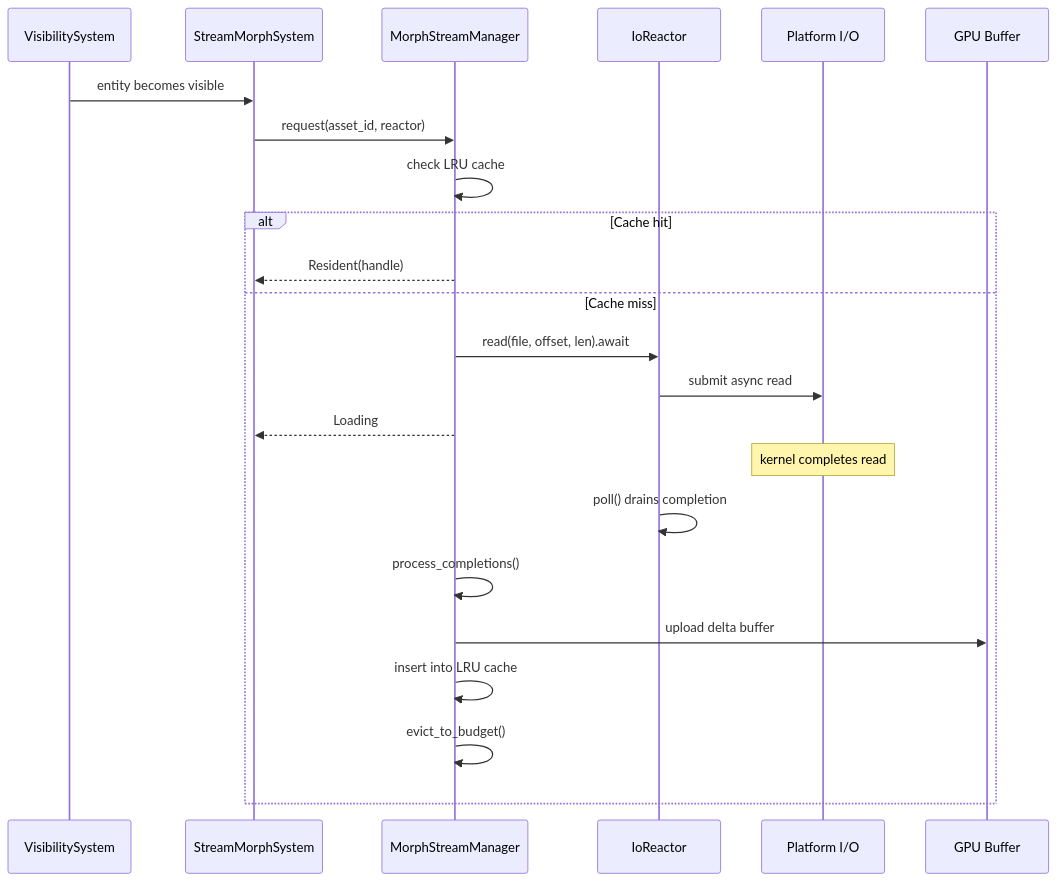
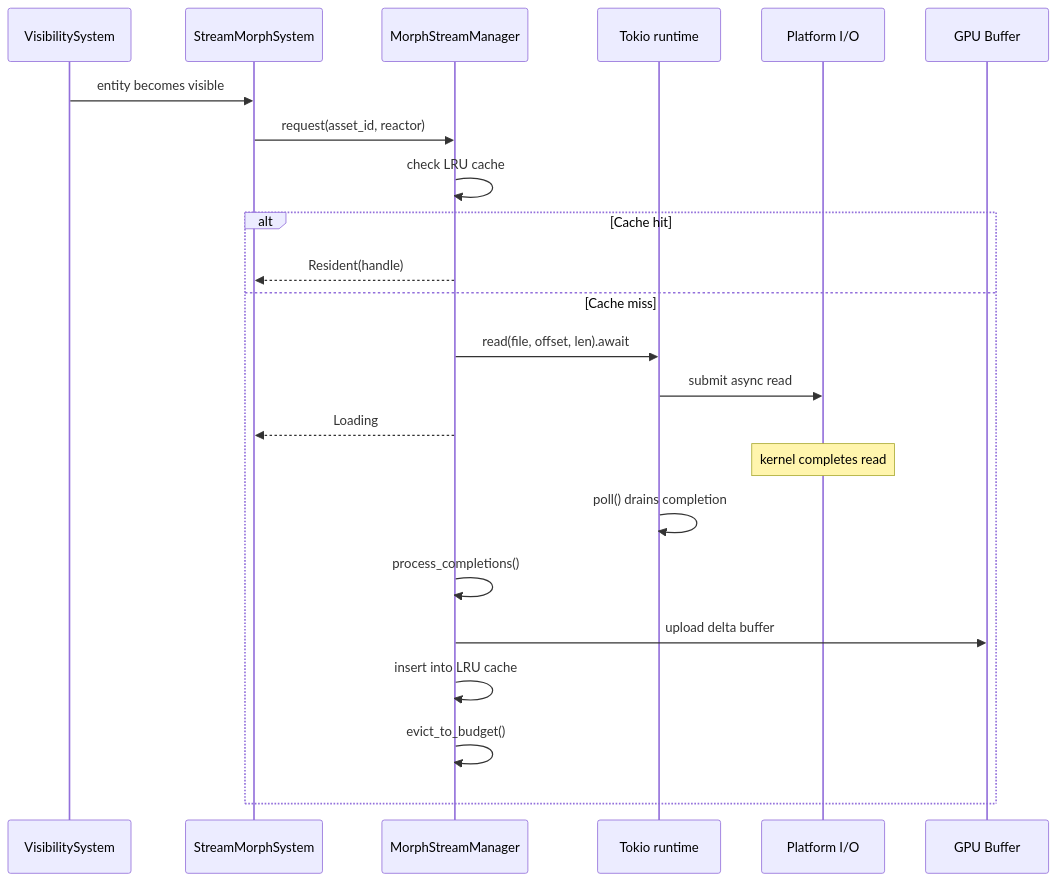
One commit to harmonius-dev/harmonius changed the eighth of 8 diagrams in docs/design/animation/state-machine.md. Above: the diagram before and after it, drawn with Mermaid. The commit also changed other lines of this file and 229 other files, not shown here.

````diff
--- a/docs/design/animation/state-machine.md
+++ b/docs/design/animation/state-machine.md
@@ -1977,27 +1977,27 @@
 ```mermaid
 sequenceDiagram
     participant VS as VisibilitySystem
     participant SS as StreamMorphSystem
     participant SM as MorphStreamManager
-    participant RE as IoReactor
+    participant RE as Tokio runtime
     participant OS as Platform I/O
     participant GPU as GPU Buffer
 
     VS->>SS: entity becomes visible
     SS->>SM: request(asset_id, reactor)
     SM->>SM: check LRU cache
 
     alt Cache hit
         SM-->>SS: Resident(handle)
     else Cache miss
         SM->>RE: read(file, offset, len).await
         RE->>OS: submit async read
         SM-->>SS: Loading
         Note over OS: kernel completes read
         RE->>RE: poll() drains completion
         SM->>SM: process_completions()
         SM->>GPU: upload delta buffer
         SM->>SM: insert into LRU cache
         SM->>SM: evict_to_budget()
     end
 ```
````
